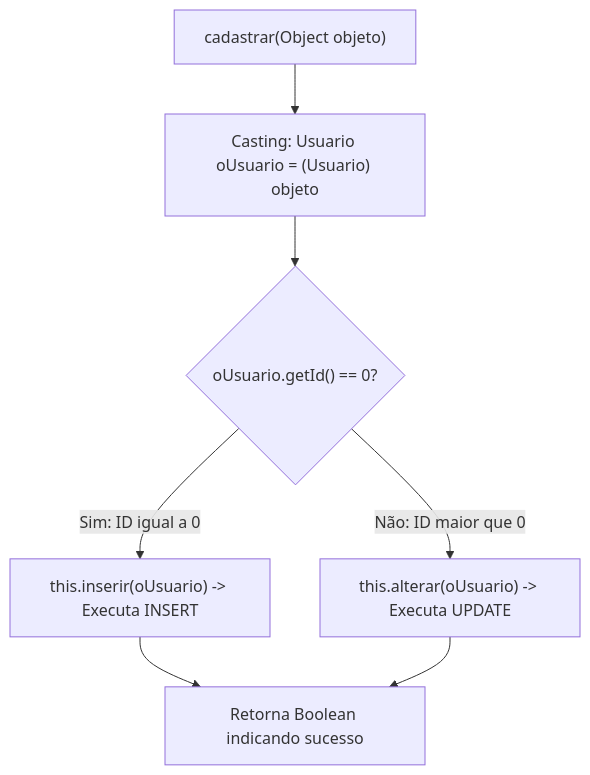
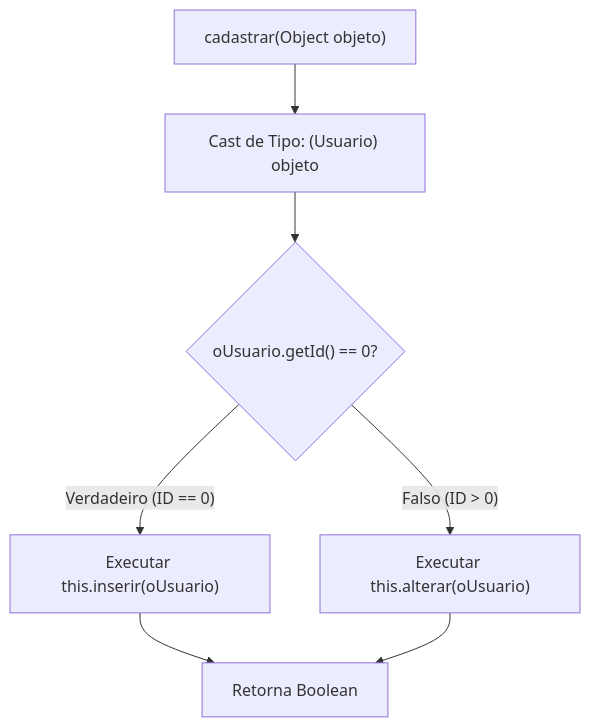
Before and after one commit to murilolol/unifef: diagram 13 of 17 in 3º Semestre/[Prof. Jefferson Passerini] Laboratório de Programação III/Resumos-IA/Caderno-Consolidado.md, drawn with Mermaid. The commit also changed other lines of this file and 10 other files, not shown here.

````diff
--- a/3º Semestre/[Prof. Jefferson Passerini] Laboratório de Programação III/Resumos-IA/Caderno-Consolidado.md
+++ b/3º Semestre/[Prof. Jefferson Passerini] Laboratório de Programação III/Resumos-IA/Caderno-Consolidado.md
@@ -1065,9 +1239,9 @@
 ```mermaid
 flowchart TD
-    Inicio["cadastrar(Object objeto)"] --> Cast["Casting: Usuario oUsuario = (Usuario) objeto"]
-    Cast --> Teste{"oUsuario.getId() == 0?"}
-    Teste -- "Sim: ID igual a 0" --> Inserir["this.inserir(oUsuario) -> Executa INSERT"]
-    Teste -- "Não: ID maior que 0" --> Alterar["this.alterar(oUsuario) -> Executa UPDATE"]
-    Inserir --> Retorno["Retorna Boolean indicando sucesso"]
+    Inicio["cadastrar(Object objeto)"] --> Cast["Cast de Tipo: (Usuario) objeto"]
+    Cast --> AvaliaId{"oUsuario.getId() == 0?"}
+    AvaliaId -- "Verdadeiro (ID == 0)" --> Inserir["Executar this.inserir(oUsuario)"]
+    AvaliaId -- "Falso (ID > 0)" --> Alterar["Executar this.alterar(oUsuario)"]
+    Inserir --> Retorno["Retorna Boolean"]
     Alterar --> Retorno
 ```
````
